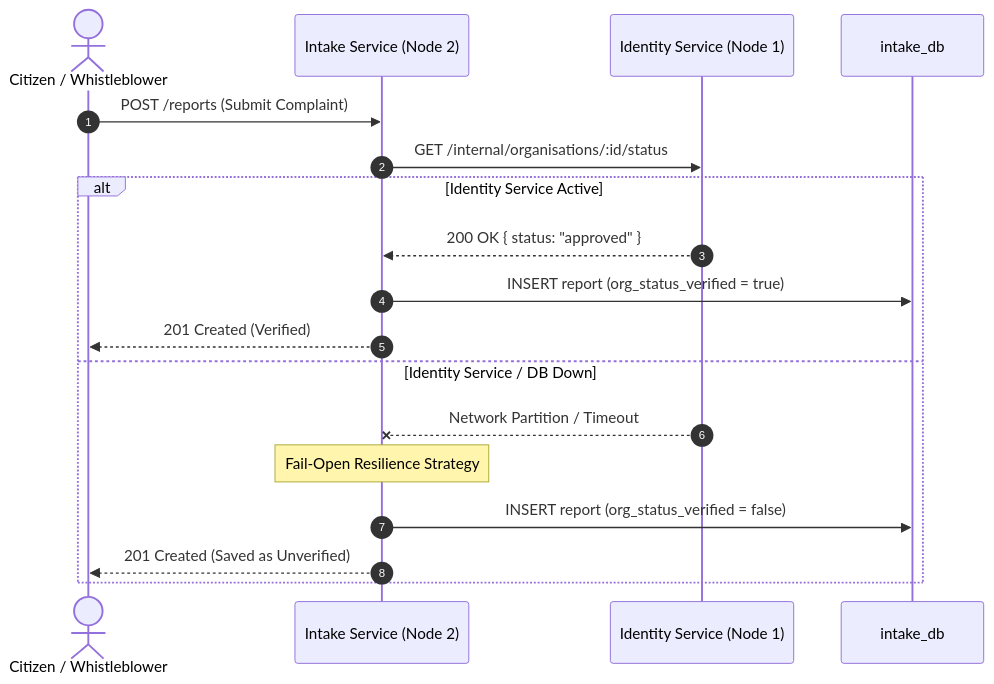
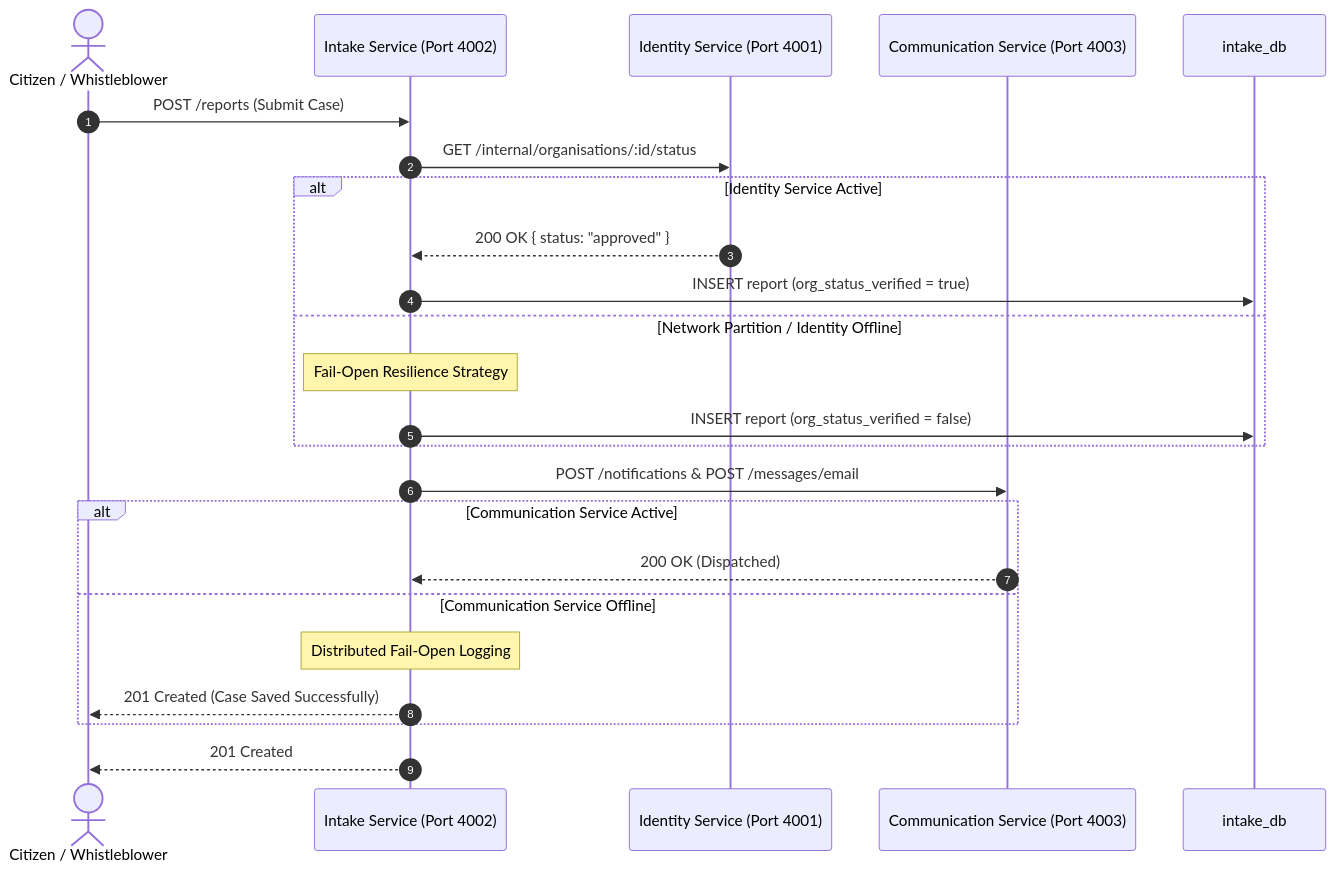
One commit to Dhiya-Natarajan/Quiet-Ledger changed the second of 2 diagrams in README.md. Above: the diagram before and after it, drawn with Mermaid. The commit also changed other lines of this file and 44 other files, not shown here.

Commit message:
feat(version2): complete Communication Service integration, Gmail SMTP delivery, OTP password reset, and break-glass unmasking

````diff
--- a/README.md
+++ b/README.md
@@ -95,22 +116,29 @@
 ```mermaid
 sequenceDiagram
     autonumber
     actor Citizen as Citizen / Whistleblower
-    participant Intake as Intake Service (Node 2)
-    participant Identity as Identity Service (Node 1)
+    participant Intake as Intake Service (Port 4002)
+    participant Identity as Identity Service (Port 4001)
+    participant Comms as Communication Service (Port 4003)
     participant DB as intake_db
 
-    Citizen->>Intake: POST /reports (Submit Complaint)
+    Citizen->>Intake: POST /reports (Submit Case)
     Intake->>Identity: GET /internal/organisations/:id/status
     
     alt Identity Service Active
         Identity-->>Intake: 200 OK { status: "approved" }
         Intake->>DB: INSERT report (org_status_verified = true)
-        Intake-->>Citizen: 201 Created (Verified)
-    else Identity Service / DB Down
-        Identity--xIntake: Network Partition / Timeout
+    else Network Partition / Identity Offline
         Note over Intake: Fail-Open Resilience Strategy
         Intake->>DB: INSERT report (org_status_verified = false)
-        Intake-->>Citizen: 201 Created (Saved as Unverified)
     end
+
+    Intake->>Comms: POST /notifications & POST /messages/email
+    alt Communication Service Active
+        Comms-->>Intake: 200 OK (Dispatched)
+    else Communication Service Offline
+        Note over Intake: Distributed Fail-Open Logging
+        Intake-->>Citizen: 201 Created (Case Saved Successfully)
+    end
+    Intake-->>Citizen: 201 Created
 ```
````
